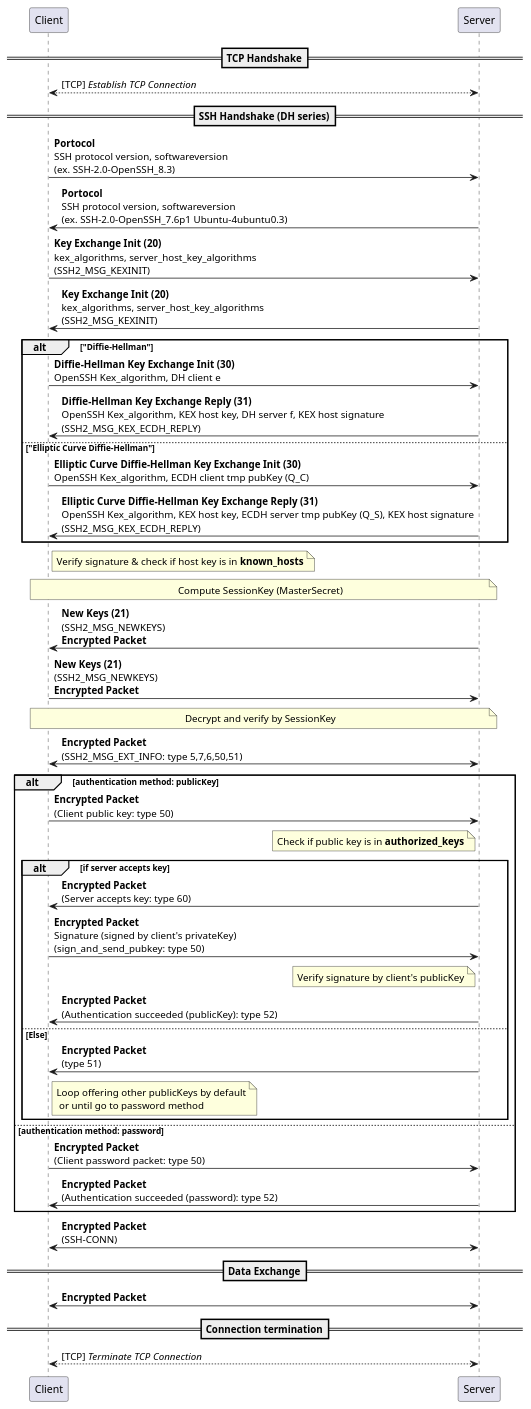
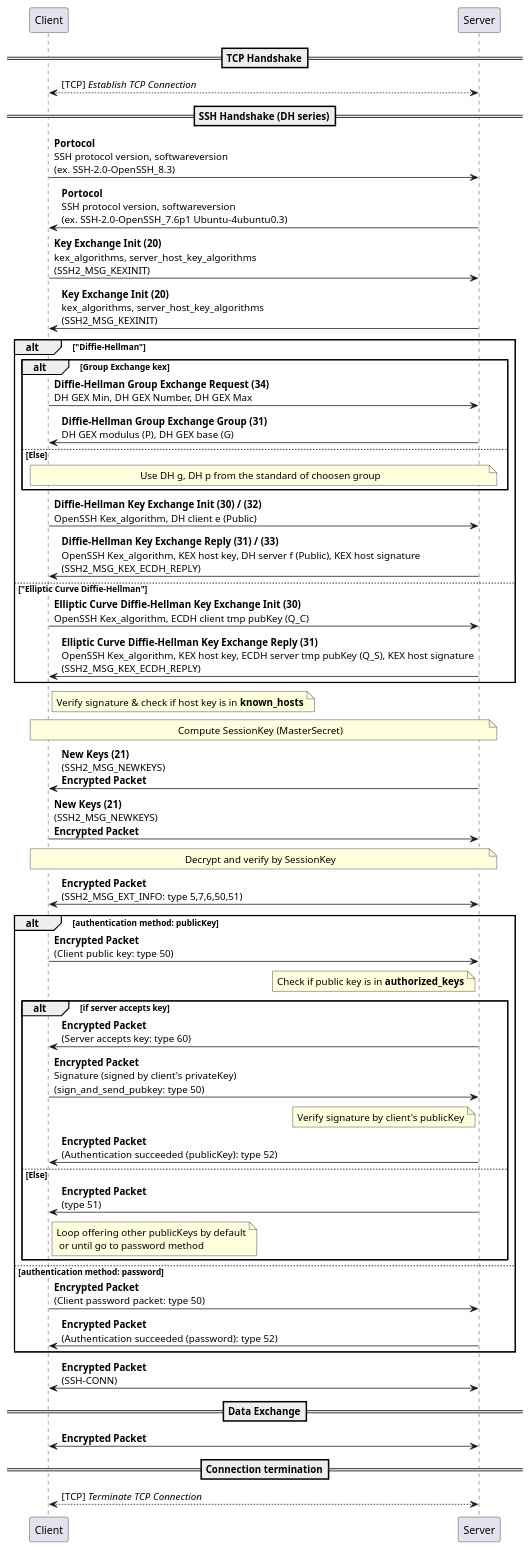
The diagram in ssh/sequence-diagram.plantuml (yidas/web-service-protocols), drawn with PlantUML before and after one commit.

```diff
--- a/ssh/sequence-diagram.plantuml
+++ b/ssh/sequence-diagram.plantuml
@@ -1,50 +1,56 @@
 @startuml
 
 participant "Client" as c
 participant "Server" as s
 
 ==TCP Handshake==
 c<-->s: [TCP] //Establish TCP Connection//
 ==SSH Handshake (DH series)==
 c->s: **Portocol**\nSSH protocol version, softwareversion \n(ex. SSH-2.0-OpenSSH_8.3)
 s->c: **Portocol**\nSSH protocol version, softwareversion \n(ex. SSH-2.0-OpenSSH_7.6p1 Ubuntu-4ubuntu0.3)
 c->s: **Key Exchange Init (20)** \nkex_algorithms, server_host_key_algorithms \n(SSH2_MSG_KEXINIT)
 s->c: **Key Exchange Init (20)** \nkex_algorithms, server_host_key_algorithms \n(SSH2_MSG_KEXINIT)
 alt "Diffie–Hellman"
-  c->s: **Diffie-Hellman Key Exchange Init (30)** \nOpenSSH Kex_algorithm, DH client e
-  s->c: **Diffie-Hellman Key Exchange Reply (31)**\nOpenSSH Kex_algorithm, KEX host key, DH server f, KEX host signature\n(SSH2_MSG_KEX_ECDH_REPLY)
+  alt Group Exchange kex
+    c->s: **Diffie-Hellman Group Exchange Request (34)** \nDH GEX Min, DH GEX Number, DH GEX Max
+    s->c: **Diffie-Hellman Group Exchange Group (31)** \nDH GEX modulus (P), DH GEX base (G)
+  else Else
+    note over c, s: Use DH g, DH p from the standard of choosen group
+  end
+  c->s: **Diffie-Hellman Key Exchange Init (30) / (32)** \nOpenSSH Kex_algorithm, DH client e (Public)
+  s->c: **Diffie-Hellman Key Exchange Reply (31) / (33)**\nOpenSSH Kex_algorithm, KEX host key, DH server f (Public), KEX host signature\n(SSH2_MSG_KEX_ECDH_REPLY)
 else "Elliptic Curve Diffie–Hellman"
   c->s: **Elliptic Curve Diffie-Hellman Key Exchange Init (30)** \nOpenSSH Kex_algorithm, ECDH client tmp pubKey (Q_C)
   s->c: **Elliptic Curve Diffie-Hellman Key Exchange Reply (31)**\nOpenSSH Kex_algorithm, KEX host key, ECDH server tmp pubKey (Q_S), KEX host signature\n(SSH2_MSG_KEX_ECDH_REPLY)
 end
 note right c: Verify signature & check if host key is in **known_hosts**
 note over c, s: Compute SessionKey (MasterSecret)
 s -> c: **New Keys (21)**\n(SSH2_MSG_NEWKEYS) \n**Encrypted Packet**
 c->s: **New Keys (21)**\n(SSH2_MSG_NEWKEYS)\n**Encrypted Packet**
 note over c, s: Decrypt and verify by SessionKey
 s<->c: **Encrypted Packet**\n(SSH2_MSG_EXT_INFO: type 5,7,6,50,51)
 alt authentication method: publicKey
 c->s: **Encrypted Packet** \n(Client public key: type 50)
 	note left s: Check if public key is in **authorized_keys**
 	alt if server accepts key
 	s->c: **Encrypted Packet** \n(Server accepts key: type 60)
 	c->s: **Encrypted Packet** \nSignature (signed by client's privateKey) \n(sign_and_send_pubkey: type 50)
 	note left s: Verify signature by client's publicKey
 	s->c: **Encrypted Packet**\n(Authentication succeeded (publicKey): type 52)
 	else Else
 	s->c: **Encrypted Packet**\n(type 51)
 	note right c: Loop offering other publicKeys by default\n or until go to password method
 	end
 else authentication method: password
 c->s: **Encrypted Packet** \n(Client password packet: type 50)
 s->c: **Encrypted Packet**\n(Authentication succeeded (password): type 52)
 end
 s<->c: **Encrypted Packet**\n(SSH-CONN)
 
 ==Data Exchange==
 c<->s: **Encrypted Packet**
 
 ==Connection termination==
 c<-->s: [TCP] //Terminate TCP Connection//
 
 @enduml
```
